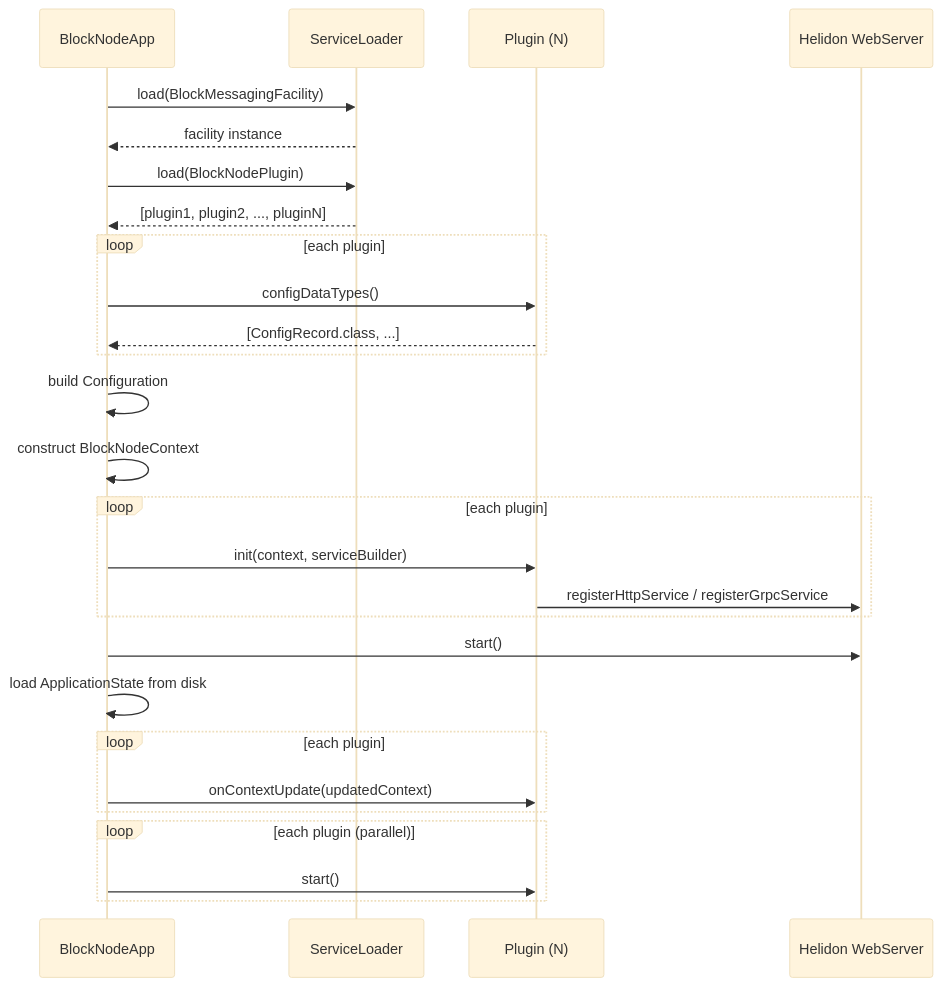
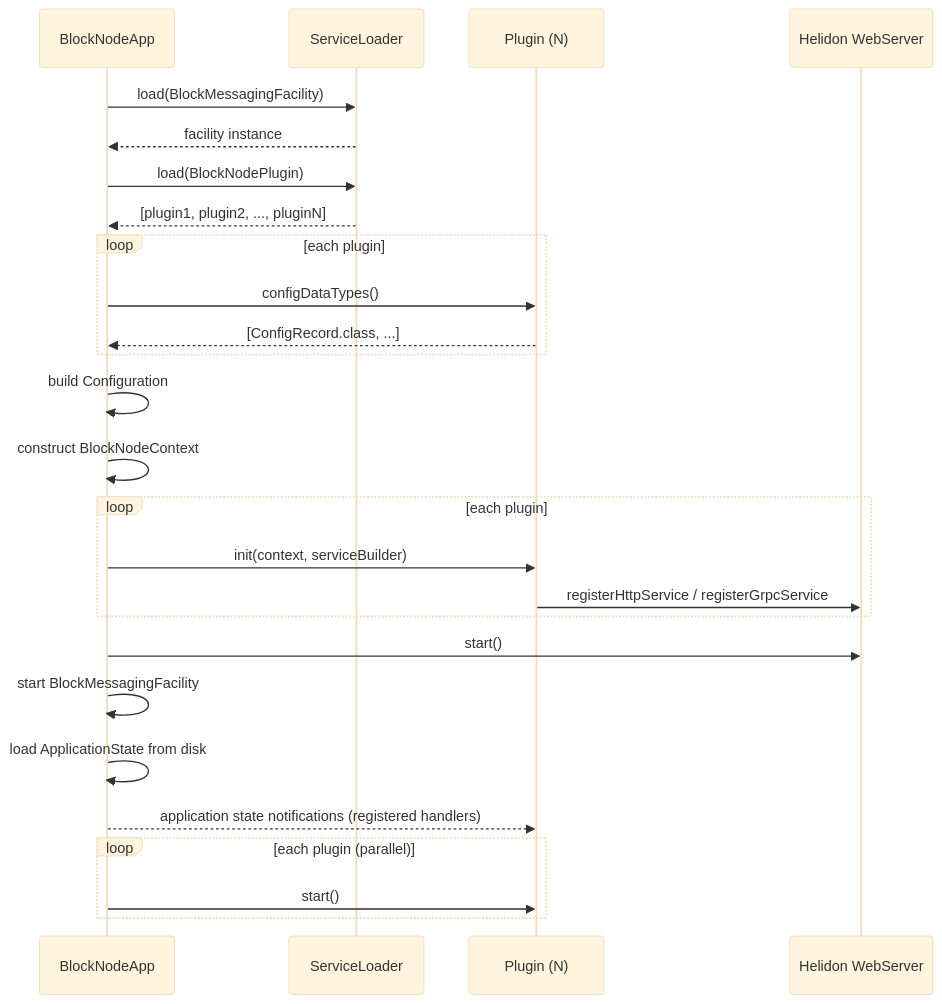
One commit to hiero-ledger/hiero-block-node changed the second of 4 diagrams in docs/design/architecture/current-plugin-architecture.md. Above: the diagram before and after it, drawn with Mermaid (base theme). The commit also changed other lines of this file and 27 other files, not shown here.

````diff
--- a/docs/design/architecture/current-plugin-architecture.md
+++ b/docs/design/architecture/current-plugin-architecture.md
@@ -305,30 +321,29 @@
 ```mermaid
 sequenceDiagram
     participant App as BlockNodeApp
     participant SL as ServiceLoader
     participant P as Plugin (N)
     participant WS as Helidon WebServer
 
     App->>SL: load(BlockMessagingFacility)
     SL-->>App: facility instance
     App->>SL: load(BlockNodePlugin)
     SL-->>App: [plugin1, plugin2, ..., pluginN]
     loop each plugin
         App->>P: configDataTypes()
         P-->>App: [ConfigRecord.class, ...]
     end
     App->>App: build Configuration
     App->>App: construct BlockNodeContext
     loop each plugin
         App->>P: init(context, serviceBuilder)
         P->>WS: registerHttpService / registerGrpcService
     end
     App->>WS: start()
+    App->>App: start BlockMessagingFacility
     App->>App: load ApplicationState from disk
-    loop each plugin
-        App->>P: onContextUpdate(updatedContext)
-    end
+    App-->>P: application state notifications (registered handlers)
     loop each plugin (parallel)
         App->>P: start()
     end
 ```
````
